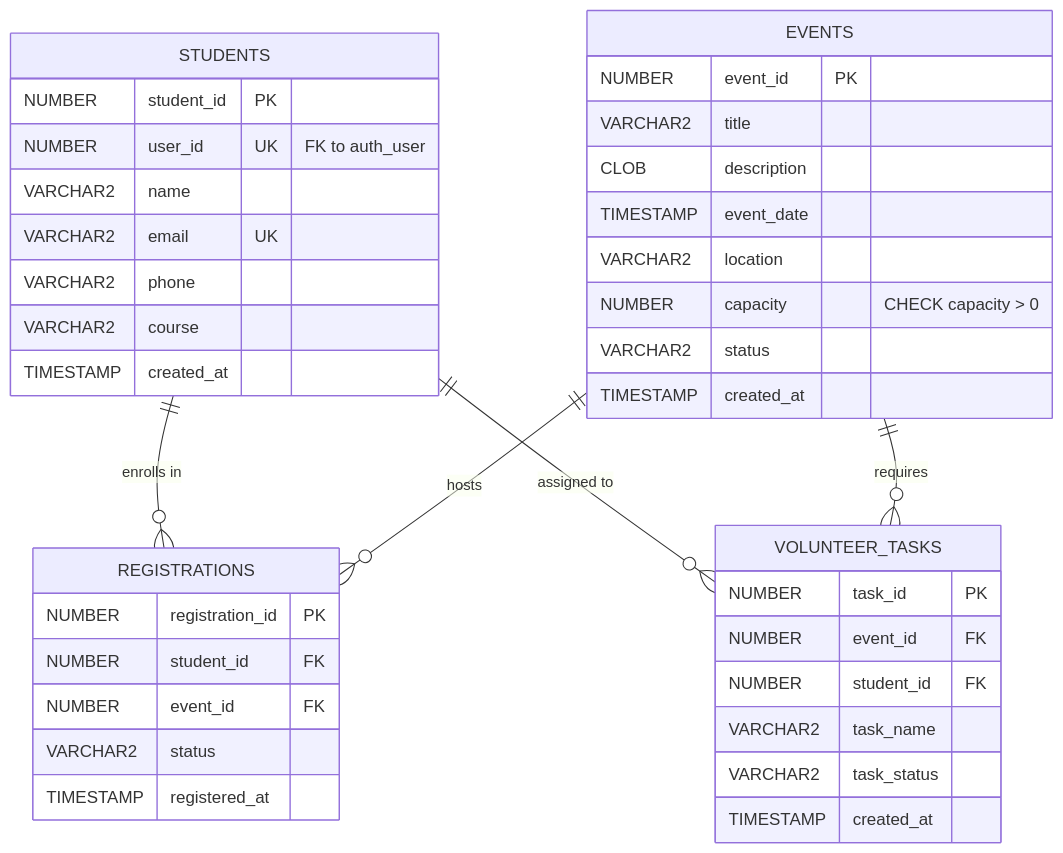
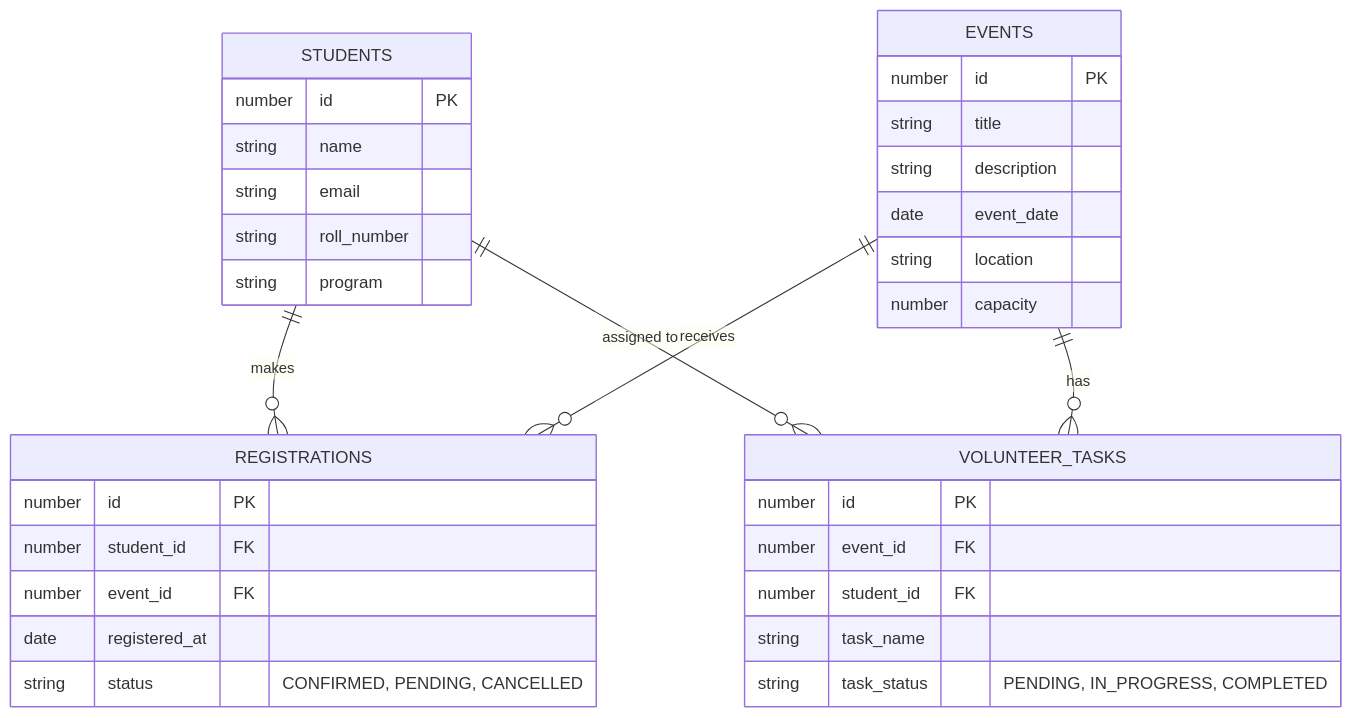
One commit to ujwalmagar/CampusHub changed the diagram in docs/er-diagram.md. Above: the diagram before and after it, drawn with Mermaid. The commit also changed other lines of this file and 34 other files, not shown here.

Commit message:
docs: generate academic report, final screenshots, diagrams, and PDF documentation

````diff
--- a/docs/er-diagram.md
+++ b/docs/er-diagram.md
@@ -5,46 +5,40 @@
 ```mermaid
 erDiagram
-    STUDENTS ||--o{ REGISTRATIONS : "enrolls in"
-    EVENTS ||--o{ REGISTRATIONS : "hosts"
-    
+    STUDENTS ||--o{ REGISTRATIONS : "makes"
     STUDENTS ||--o{ VOLUNTEER_TASKS : "assigned to"
-    EVENTS ||--o{ VOLUNTEER_TASKS : "requires"
+    EVENTS ||--o{ REGISTRATIONS : "receives"
+    EVENTS ||--o{ VOLUNTEER_TASKS : "has"
 
     STUDENTS {
-        NUMBER student_id PK
-        NUMBER user_id UK "FK to auth_user"
-        VARCHAR2 name
-        VARCHAR2 email UK
-        VARCHAR2 phone
-        VARCHAR2 course
-        TIMESTAMP created_at
+        number id PK
+        string name
+        string email
+        string roll_number
+        string program
     }
 
     EVENTS {
-        NUMBER event_id PK
-        VARCHAR2 title
-        CLOB description
-        TIMESTAMP event_date
-        VARCHAR2 location
-        NUMBER capacity "CHECK capacity > 0"
-        VARCHAR2 status
-        TIMESTAMP created_at
+        number id PK
+        string title
+        string description
+        date event_date
+        string location
+        number capacity
     }
 
     REGISTRATIONS {
-        NUMBER registration_id PK
-        NUMBER student_id FK
-        NUMBER event_id FK
-        VARCHAR2 status
-        TIMESTAMP registered_at
+        number id PK
+        number student_id FK
+        number event_id FK
+        date registered_at
+        string status "CONFIRMED, PENDING, CANCELLED"
     }
 
     VOLUNTEER_TASKS {
-        NUMBER task_id PK
-        NUMBER event_id FK
-        NUMBER student_id FK
-        VARCHAR2 task_name
-        VARCHAR2 task_status
-        TIMESTAMP created_at
+        number id PK
+        number event_id FK
+        number student_id FK
+        string task_name
+        string task_status "PENDING, IN_PROGRESS, COMPLETED"
     }
 ```
````
